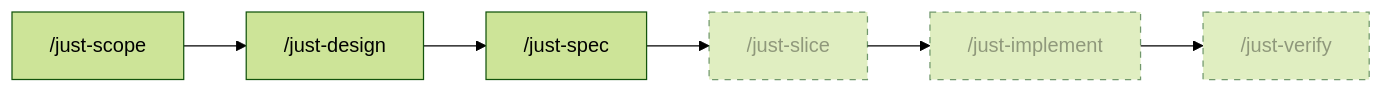
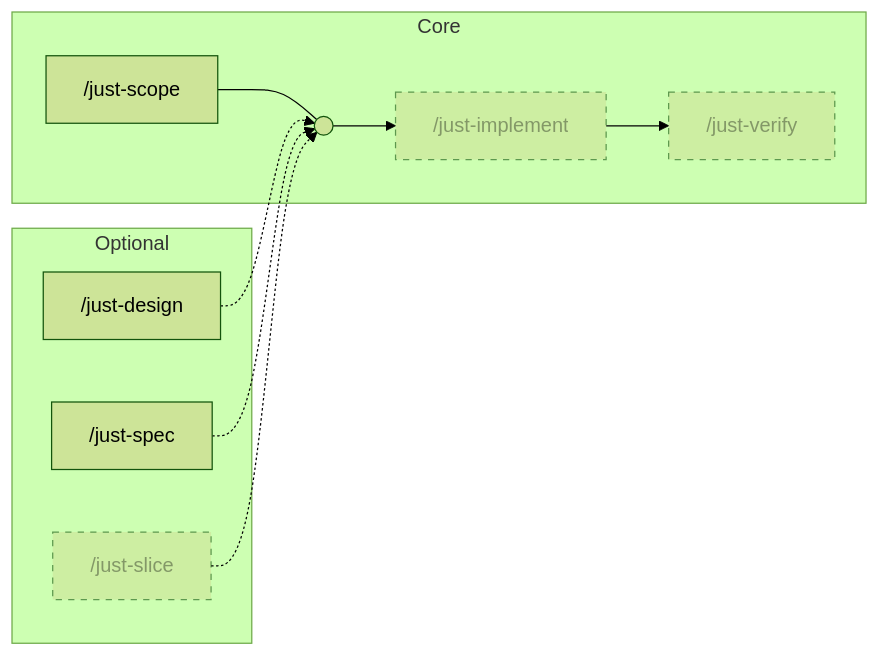
The diagram in README.md (aseeon/just-skills), drawn with Mermaid (forest theme) before and after one commit. The commit also changed other lines of this file, not shown here.

Commit message:
Rework README workflow graph around core and optional skills

````diff
--- a/README.md
+++ b/README.md
@@ -28,11 +32,22 @@
 ```mermaid
 flowchart LR
-    scope["/just-scope"] --> design["/just-design"]
-    design --> spec["/just-spec"]
-    spec --> slice["/just-slice"]
-    slice --> implement["/just-implement"]
-    implement --> verify["/just-verify"]
+    subgraph core["Core"]
+        scope["/just-scope"] --- join(( ))
+        join --> implement["/just-implement"]
+        implement --> verify["/just-verify"]
+    end
+
+    subgraph optional["Optional"]
+        design["/just-design"]
+        spec["/just-spec"]
+        slice["/just-slice"]
+    end
+
+    design -.-> join
+    spec -.-> join
+    slice -.-> join
 
     classDef planned stroke-dasharray: 5 5,opacity:0.6
     class slice,implement,verify planned
+    style join width:8px,height:8px
 ```
````
